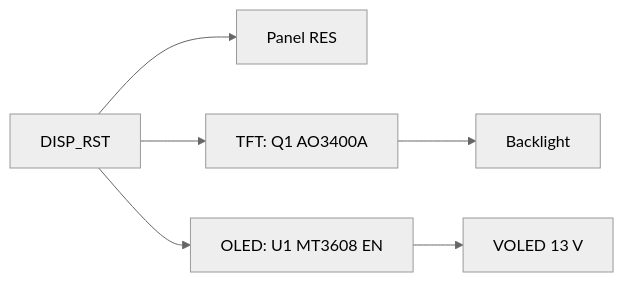
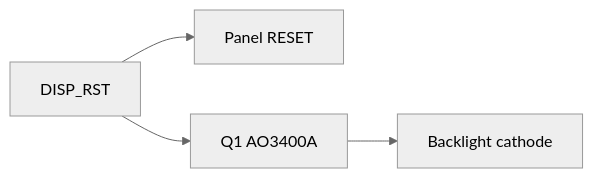
One commit to chili-chip/chili-display-module-hardware changed the diagram in README.md. Above: the diagram before and after it, drawn with Mermaid (neutral theme). The commit also changed other lines of this file and 13 other files, not shown here.

Commit message:
2.0" TFT only: R1 6.8 ohm in the schematic, drop the OLED module

````diff
--- a/README.md
+++ b/README.md
@@ -100,6 +98,5 @@
 ```mermaid
 flowchart LR
-    RST[DISP_RST] --> P[Panel RES]
-    RST --> Q1[TFT: Q1 AO3400A] --> BL[Backlight]
-    RST --> U1[OLED: U1 MT3608 EN] --> V[VOLED 13 V]
+    RST[DISP_RST] --> P[Panel RESET]
+    RST --> Q1[Q1 AO3400A] --> BL[Backlight cathode]
 ```
````
